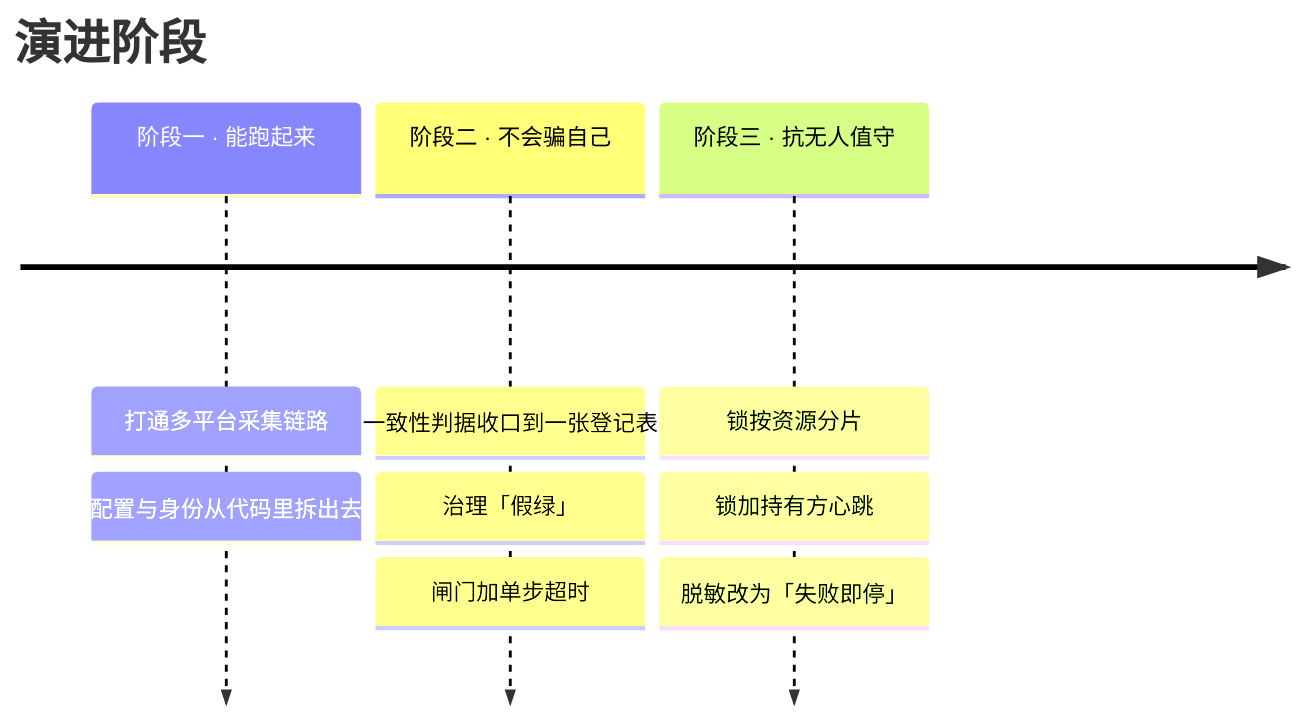
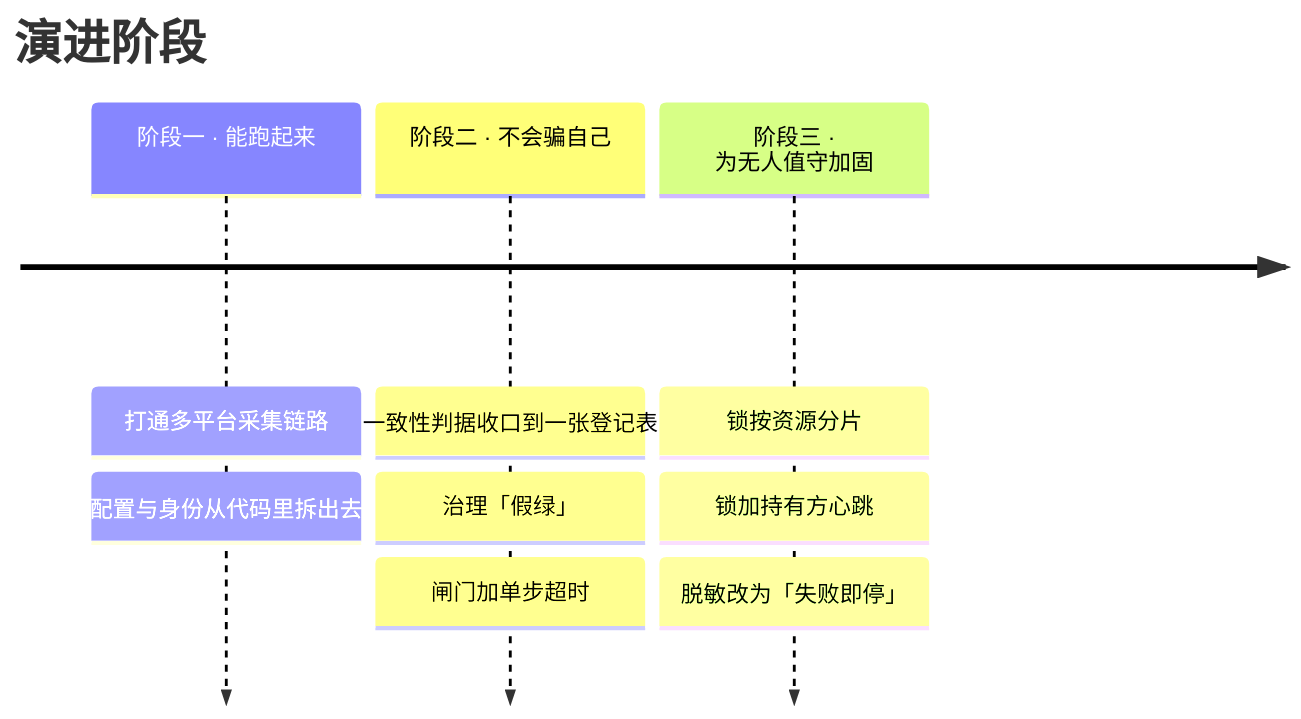
The diagram in docs/timeline.md (lq755467102-art/raising-a-zero-agent), drawn with Mermaid before and after one commit. The commit also changed other lines of this file and 13 other files, not shown here.

````diff
--- a/docs/timeline.md
+++ b/docs/timeline.md
@@ -24,12 +86,12 @@
 ```mermaid
 timeline
     title 演进阶段
     阶段一 · 能跑起来 : 打通多平台采集链路
                       : 配置与身份从代码里拆出去
     阶段二 · 不会骗自己 : 一致性判据收口到一张登记表
                       : 治理「假绿」
                       : 闸门加单步超时
-    阶段三 · 抗无人值守 : 锁按资源分片
+    阶段三 · 为无人值守加固 : 锁按资源分片
                       : 锁加持有方心跳
                       : 脱敏改为「失败即停」
 ```
````
